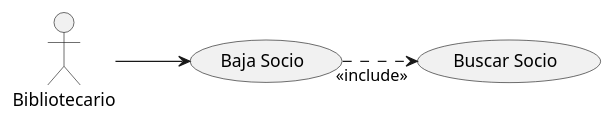
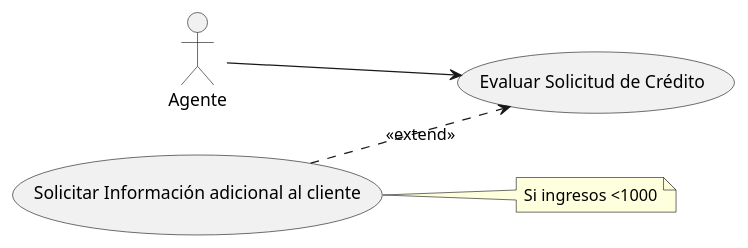
The diagram in src/casos_de_uso_con_PlantUml_IISAM.puml (sergikarx/casos-de-uso-con-PlantUml-II-Sergio-Aroca), drawn with PlantUML before and after one commit. The commit also changed 1 other file, not shown here.

```diff
--- a/src/casos_de_uso_con_PlantUml_IISAM.puml
+++ b/src/casos_de_uso_con_PlantUml_IISAM.puml
@@ -1,12 +1,15 @@
 @startuml
 left to right direction
-:Bibliotecario: as Actor
+:Agente: as Actor
 
 
-(Baja Socio) as Baja
-(Buscar Socio) as Buscar
+(Evaluar Solicitud de Crédito) as Evaluar
+(Solicitar Información adicional al cliente) as Solicitar
 
-Actor --> Baja
-Baja ..>"<<include>>" Buscar
+Actor --> Evaluar
+Solicitar ..>"<<extend>>" Evaluar
+note right of Solicitar
+Si ingresos <1000
+end note
 
 @enduml
```
